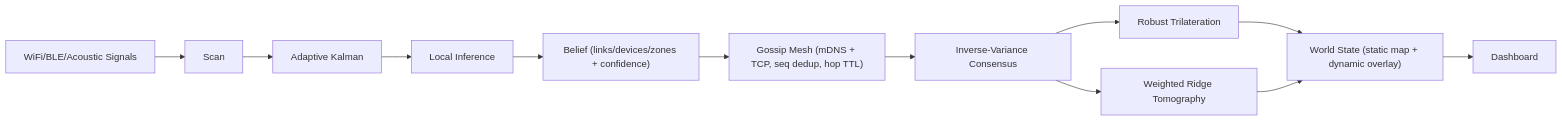
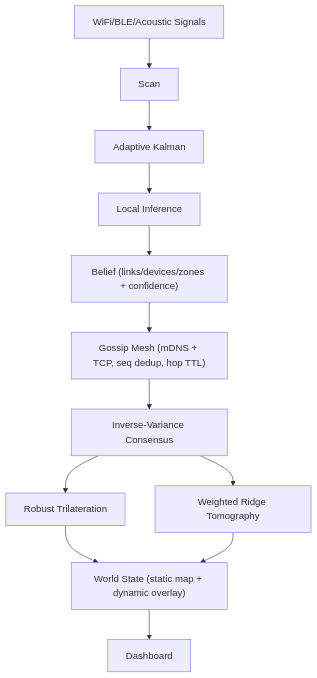
Before and after one commit to closedform/senseye: the fourth of 5 diagrams in README.md, drawn with Mermaid. The commit also changed other lines of this file, not shown here.

Commit message:
Refine README diagrams and restore mesh visuals

````diff
--- a/README.md
+++ b/README.md
@@ -72,14 +76,14 @@
 ```mermaid
-flowchart LR
+flowchart TD
   S["WiFi/BLE/Acoustic Signals"] --> SCAN["Scan"]
   SCAN --> KF["Adaptive Kalman"]
   KF --> INF["Local Inference"]
   INF --> BLF["Belief (links/devices/zones + confidence)"]
   BLF --> MESH["Gossip Mesh (mDNS + TCP, seq dedup, hop TTL)"]
   MESH --> CONS["Inverse-Variance Consensus"]
   CONS --> TRI["Robust Trilateration"]
   CONS --> TOMO["Weighted Ridge Tomography"]
   TRI --> WORLD["World State (static map + dynamic overlay)"]
   TOMO --> WORLD
   WORLD --> UI["Dashboard"]
 ```
````
